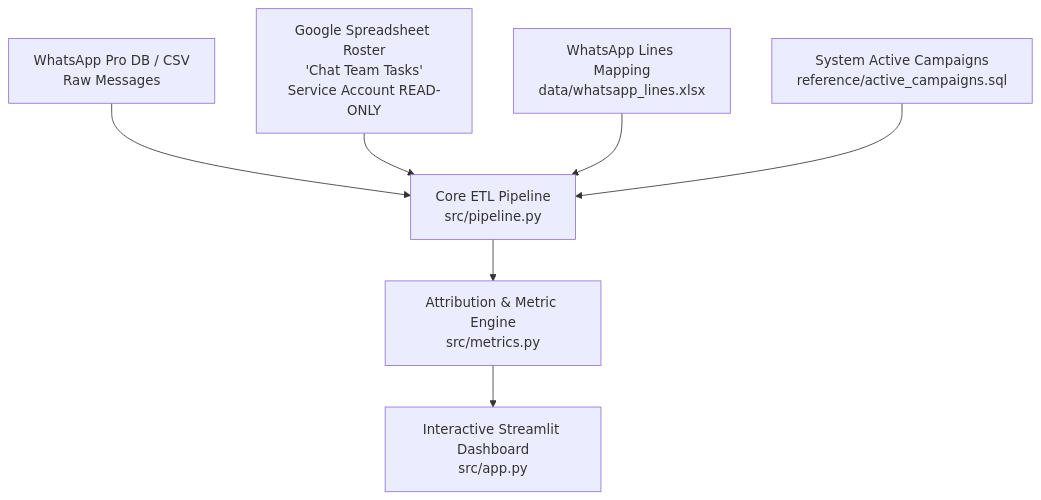
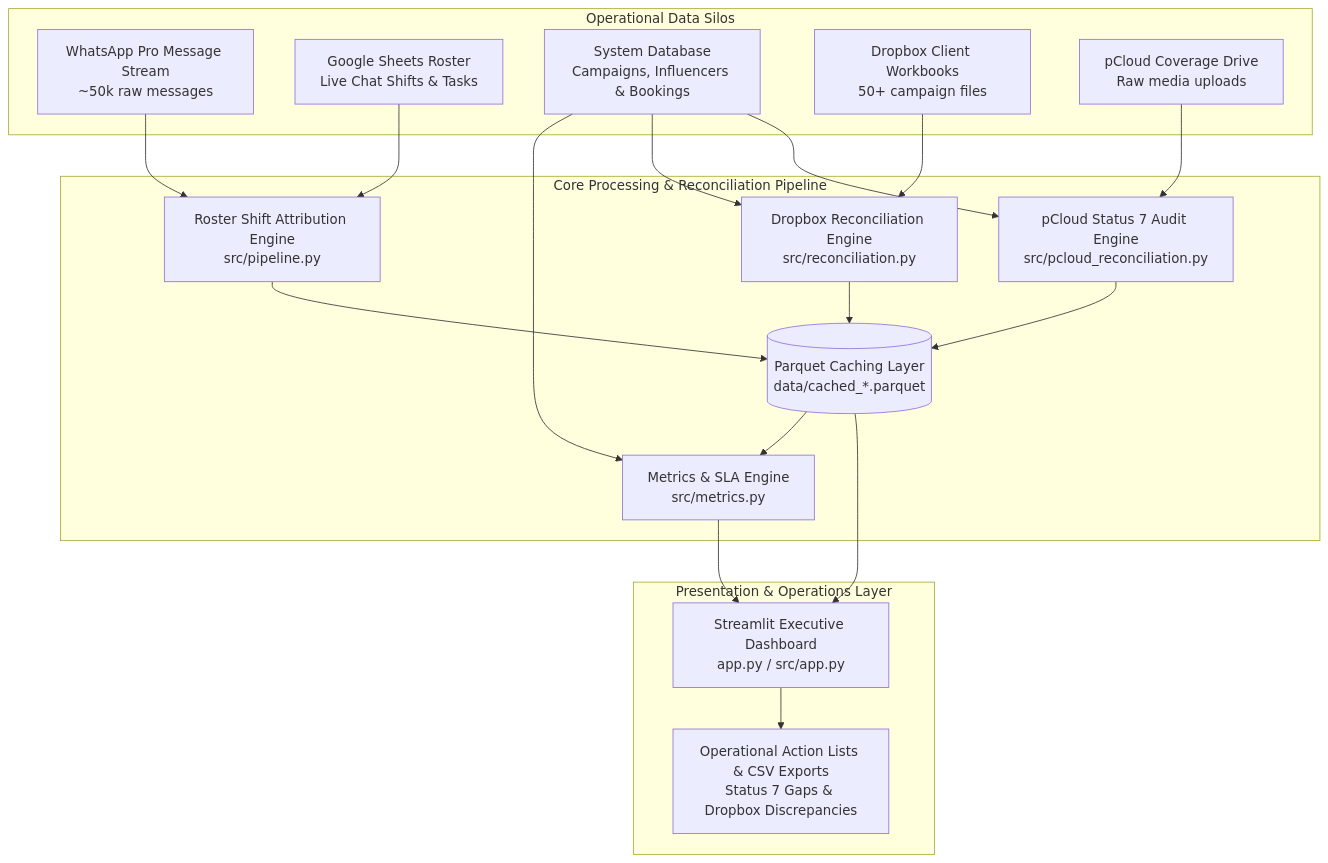
The diagram in README.md (trygcdata2-hub/testing-whatsapp), drawn with Mermaid before and after one commit. The commit also changed other lines of this file and 6 other files, not shown here.

````diff
--- a/README.md
+++ b/README.md
@@ -26,10 +24,38 @@
 ```mermaid
 flowchart TD
-    A[WhatsApp Pro DB / CSV<br/>Raw Messages] --> D[Core ETL Pipeline<br/>src/pipeline.py]
-    B[Google Spreadsheet Roster<br/>'Chat Team Tasks'<br/>Service Account READ-ONLY] --> D
-    C[WhatsApp Lines Mapping<br/>data/whatsapp_lines.xlsx] --> D
-    E[System Active Campaigns<br/>reference/active_campaigns.sql] --> D
-    
-    D --> F[Attribution & Metric Engine<br/>src/metrics.py]
-    F --> G[Interactive Streamlit Dashboard<br/>src/app.py]
+    subgraph DataSilos["Operational Data Silos"]
+        W[WhatsApp Pro Message Stream<br/>~50k raw messages]
+        R[Google Sheets Roster<br/>Live Chat Shifts & Tasks]
+        S[System Database<br/>Campaigns, Influencers & Bookings]
+        D[Dropbox Client Workbooks<br/>50+ campaign files]
+        P[pCloud Coverage Drive<br/>Raw media uploads]
+    end
+
+    subgraph CoreEngine["Core Processing & Reconciliation Pipeline"]
+        PIPE[Roster Shift Attribution Engine<br/>src/pipeline.py]
+        METRIC[Metrics & SLA Engine<br/>src/metrics.py]
+        DROP_REC[Dropbox Reconciliation Engine<br/>src/reconciliation.py]
+        PCLOUD_REC[pCloud Status 7 Audit Engine<br/>src/pcloud_reconciliation.py]
+        CACHE[(Parquet Caching Layer<br/>data/cached_*.parquet)]
+    end
+
+    subgraph Presentation["Presentation & Operations Layer"]
+        UI[Streamlit Executive Dashboard<br/>app.py / src/app.py]
+        EXP[Operational Action Lists & CSV Exports<br/>Status 7 Gaps & Dropbox Discrepancies]
+    end
+
+    W --> PIPE
+    R --> PIPE
+    PIPE --> CACHE
+    S --> METRIC
+    CACHE --> METRIC
+    D --> DROP_REC
+    S --> DROP_REC
+    P --> PCLOUD_REC
+    S --> PCLOUD_REC
+    DROP_REC --> CACHE
+    PCLOUD_REC --> CACHE
+    METRIC --> UI
+    CACHE --> UI
+    UI --> EXP
 ```
````
